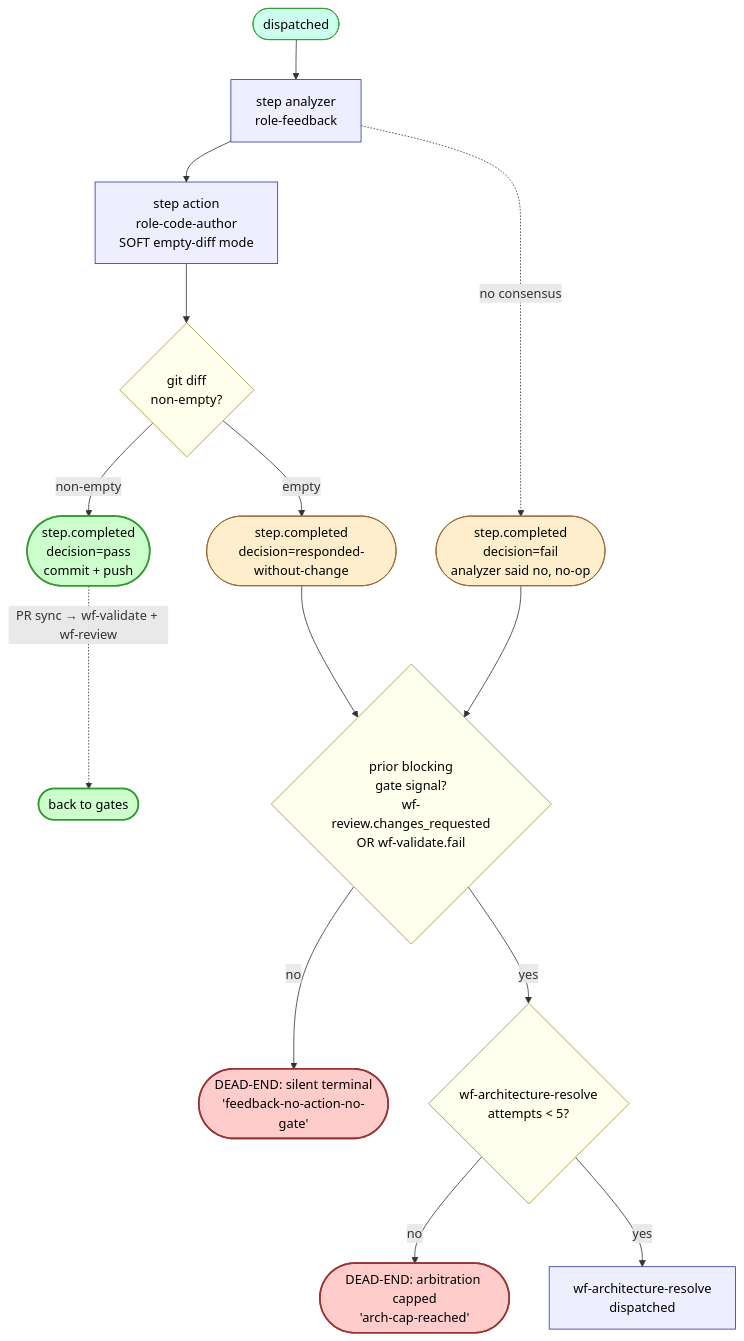
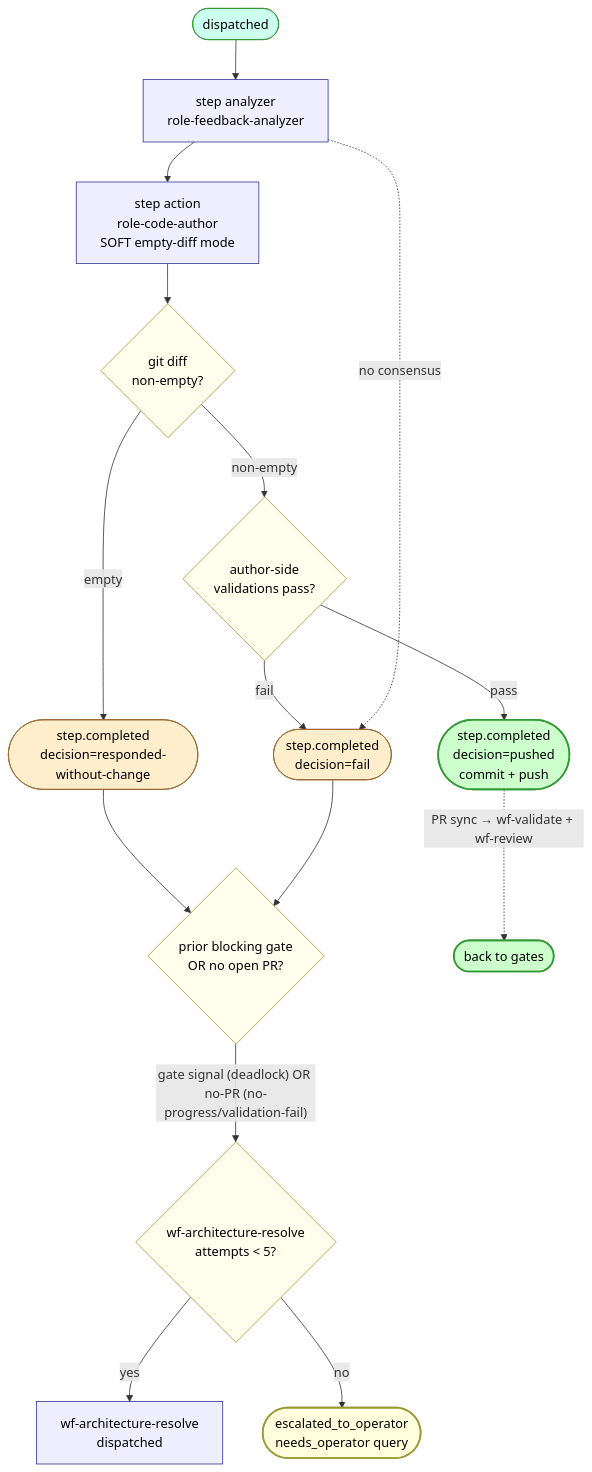
One commit to joeLepper/treadmill changed the diagram in docs/diagrams/task-flow-wf-feedback.md. Above: the diagram before and after it, drawn with Mermaid. The commit also changed other lines of this file and 2 other files, not shown here.

First line of the commit message:
Diagrams: reconcile feedback + dead-end flows to merged code (ADR-0048) (#196)

````diff
--- a/docs/diagrams/task-flow-wf-feedback.md
+++ b/docs/diagrams/task-flow-wf-feedback.md
@@ -5,39 +5,40 @@
 ```mermaid
 flowchart TD
   START([dispatched]):::start
-  ANALYZER[step analyzer<br>role-feedback]:::flow
+  ANALYZER[step analyzer<br>role-feedback-analyzer]:::flow
   ACTION[step action<br>role-code-author<br>SOFT empty-diff mode]:::flow
   STAGED{git diff<br>non-empty?}:::dec
-  HAS_GATE{prior blocking<br>gate signal?<br>wf-review.changes_requested<br>OR wf-validate.fail}:::dec
+  VALID{author-side<br>validations pass?}:::dec
+  HAS_GATE{prior blocking gate<br>OR no open PR?}:::dec
   CAP{wf-architecture-resolve<br>attempts < 5?}:::dec
 
   SOFT([step.completed<br>decision=responded-without-change]):::warn
-  WROTE([step.completed<br>decision=pass<br>commit + push]):::good
-  FAIL([step.completed<br>decision=fail<br>analyzer said no, no-op]):::warn
+  WROTE([step.completed<br>decision=pushed<br>commit + push]):::good
+  FAIL([step.completed<br>decision=fail]):::warn
   ARCH[wf-architecture-resolve<br>dispatched]:::flow
-  DEAD_NO_GATE([DEAD-END: silent terminal<br>'feedback-no-action-no-gate']):::bad
-  DEAD_CAPPED([DEAD-END: arbitration capped<br>'arch-cap-reached']):::bad
+  OPERATOR([escalated_to_operator<br>needs_operator query]):::operator
 
   START --> ANALYZER
   ANALYZER --> ACTION
   ACTION --> STAGED
-  STAGED -- non-empty --> WROTE
+  STAGED -- non-empty --> VALID
   STAGED -- empty --> SOFT
+  VALID -- pass --> WROTE
+  VALID -- fail --> FAIL
   ANALYZER -. "no consensus" .-> FAIL
 
   SOFT --> HAS_GATE
   FAIL --> HAS_GATE
-  HAS_GATE -- no --> DEAD_NO_GATE
-  HAS_GATE -- yes --> CAP
-  CAP -- no --> DEAD_CAPPED
+  HAS_GATE -- "gate signal (deadlock) OR no-PR (no-progress/validation-fail)" --> CAP
   CAP -- yes --> ARCH
+  CAP -- no --> OPERATOR
 
   WROTE -. "PR sync → wf-validate + wf-review" .-> WROTE_NEXT([back to gates]):::good
 
   classDef start fill:#cfe,stroke:#393,color:#000
   classDef flow fill:#eef,stroke:#339,color:#000
   classDef dec fill:#ffe,stroke:#993,color:#000
   classDef good fill:#cfc,stroke:#393,color:#000,stroke-width:2
   classDef warn fill:#fec,stroke:#963,color:#000
-  classDef bad fill:#fcc,stroke:#933,color:#000,stroke-width:2
+  classDef operator fill:#ffd,stroke:#993,color:#000,stroke-width:2
 ```
````
